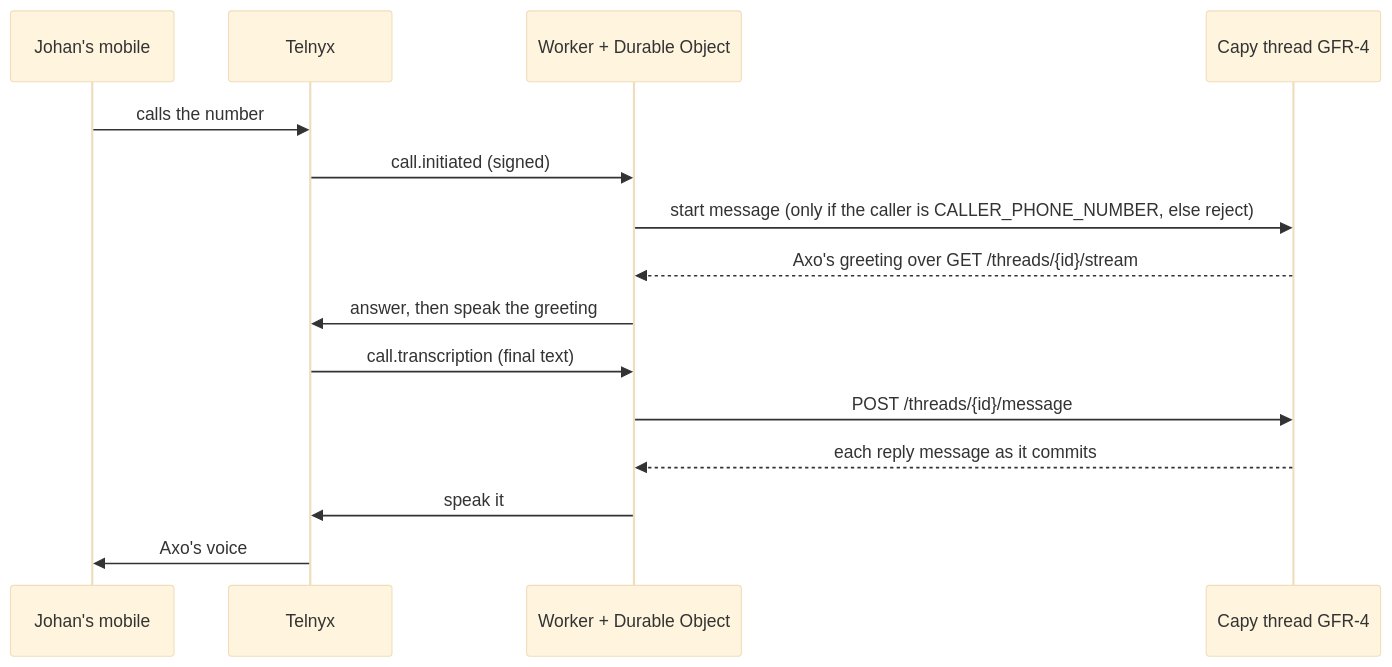
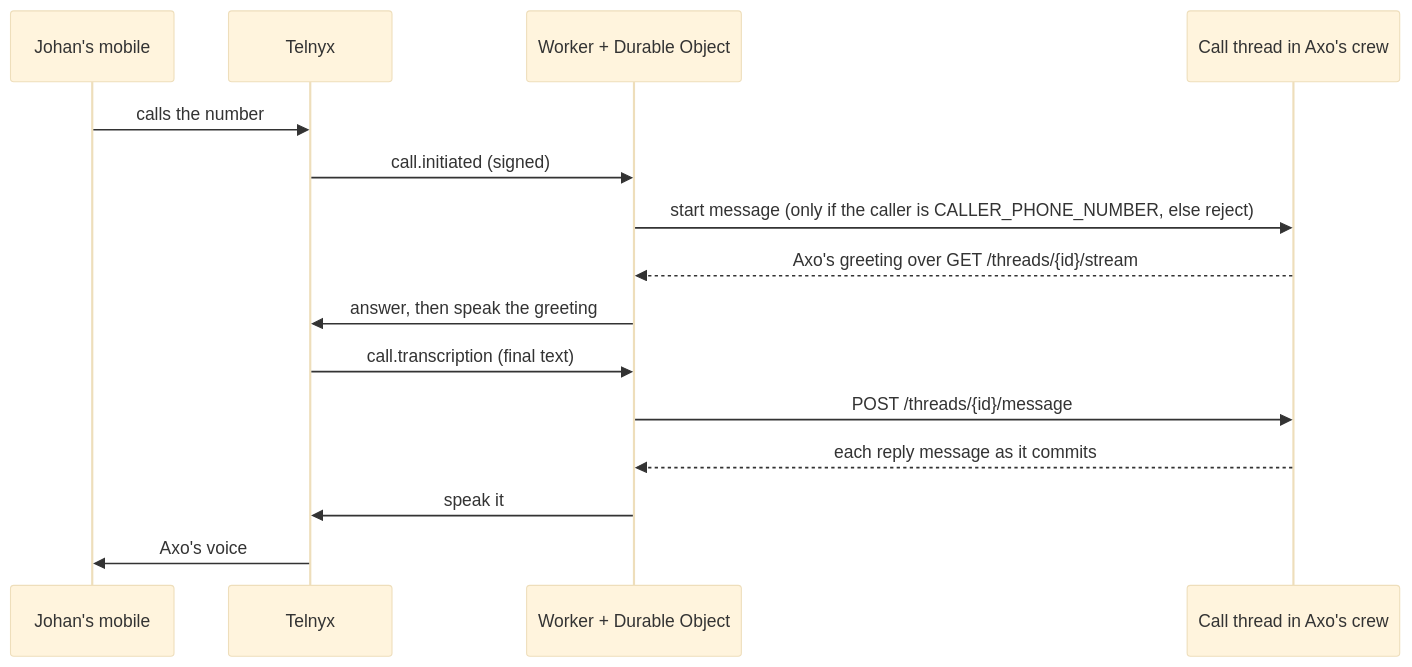
Before and after one commit to g4f4r0/g4f4r0: the diagram in phone-bridge/README.md, drawn with Mermaid (base theme). The commit also changed other lines of this file and 8 other files, not shown here.

Commit message:
phone-bridge: each call in its own crew thread that reports to Axo and is archived

````diff
--- a/phone-bridge/README.md
+++ b/phone-bridge/README.md
@@ -6,17 +6,17 @@
 ```mermaid
 sequenceDiagram
   participant J as Johan's mobile
   participant T as Telnyx
   participant W as Worker + Durable Object
-  participant C as Capy thread GFR-4
+  participant C as Call thread in Axo's crew
   J->>T: calls the number
   T->>W: call.initiated (signed)
   W->>C: start message (only if the caller is CALLER_PHONE_NUMBER, else reject)
   C-->>W: Axo's greeting over GET /threads/{id}/stream
   W->>T: answer, then speak the greeting
   T->>W: call.transcription (final text)
   W->>C: POST /threads/{id}/message
   C-->>W: each reply message as it commits
   W->>T: speak it
   T->>J: Axo's voice
 ```
````
